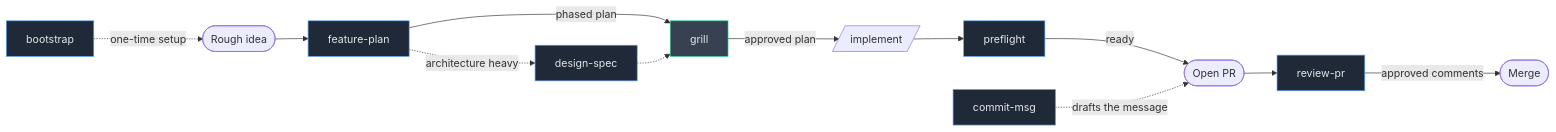
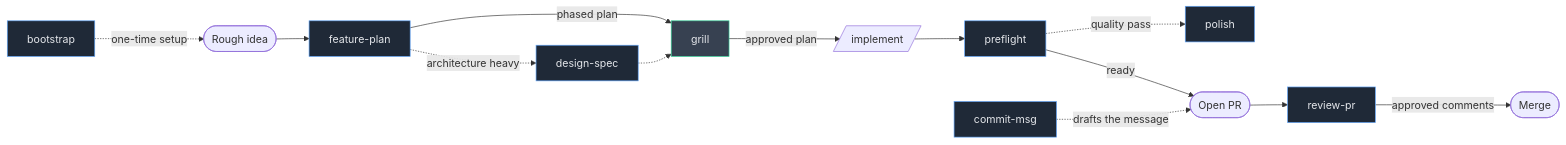
Before and after one commit to powerslider/nitpickle: the first of 5 diagrams in README.md, drawn with Mermaid. The commit also changed other lines of this file and 9 other files, not shown here.

First line of the commit message:
feat(polish): add convention-aware code-quality skill

````diff
--- a/README.md
+++ b/README.md
@@ -110,19 +111,20 @@
 ```mermaid
 flowchart LR
     BST[bootstrap] -.->|one-time setup| idea([Rough idea])
     idea --> FP[feature-plan]
     FP -->|phased plan| GR[grill]
     GR -->|approved plan| IMPL[/implement/]
     FP -.->|architecture heavy| DS[design-spec]
     DS -.-> GR
     IMPL --> PF[preflight]
+    PF -.->|quality pass| PL[polish]
     PF -->|ready| PR([Open PR])
     CM[commit-msg] -.->|drafts the message| PR
     PR --> RV[review-pr]
     RV -->|approved comments| MERGE([Merge])
 
     classDef skill fill:#1f2937,stroke:#60a5fa,color:#e5e7eb
     classDef gate fill:#374151,stroke:#34d399,color:#e5e7eb
-    class FP,DS,PF,RV,BST,CM skill
+    class FP,DS,PF,RV,BST,CM,PL skill
     class GR gate
 ```
````
